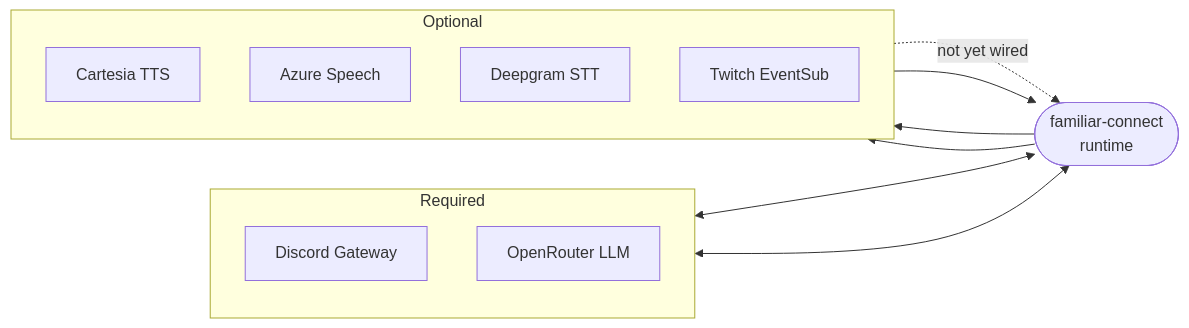
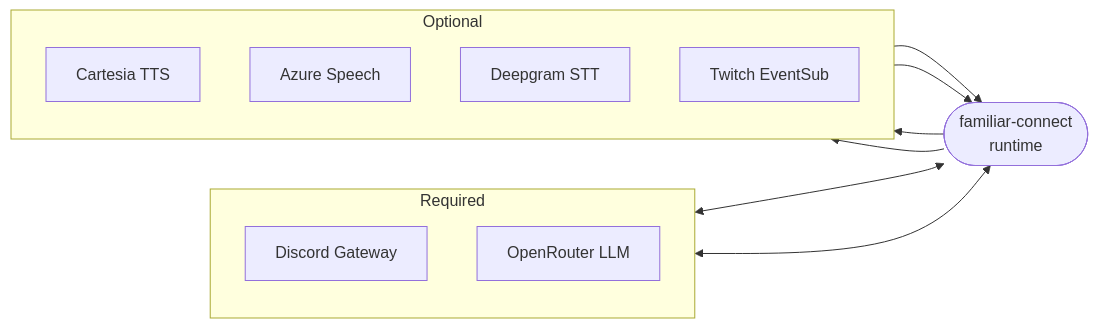
The second of 2 diagrams in docs/architecture/overview.md (CorVous/Familiar-Connect), drawn with Mermaid before and after one commit. The commit also changed other lines of this file and 13 other files, not shown here.

First line of the commit message:
docs: move shipped features from roadmap to architecture (#49)

````diff
--- a/docs/architecture/overview.md
+++ b/docs/architecture/overview.md
@@ -62,25 +62,25 @@
 ```mermaid
 flowchart LR
     subgraph required [Required]
         direction TB
         discord[Discord Gateway]
         openrouter[OpenRouter LLM]
     end
 
     bot([familiar-connect<br/>runtime])
 
     subgraph optional [Optional]
         direction TB
         cartesia[Cartesia TTS]
         azure[Azure Speech]
         deepgram[Deepgram STT]
         twitch[Twitch EventSub]
     end
 
     discord <--> bot
     openrouter <--> bot
     bot --> cartesia
     bot --> azure
-    deepgram -.not yet wired.-> bot
+    deepgram --> bot
     twitch --> bot
 ```
````
